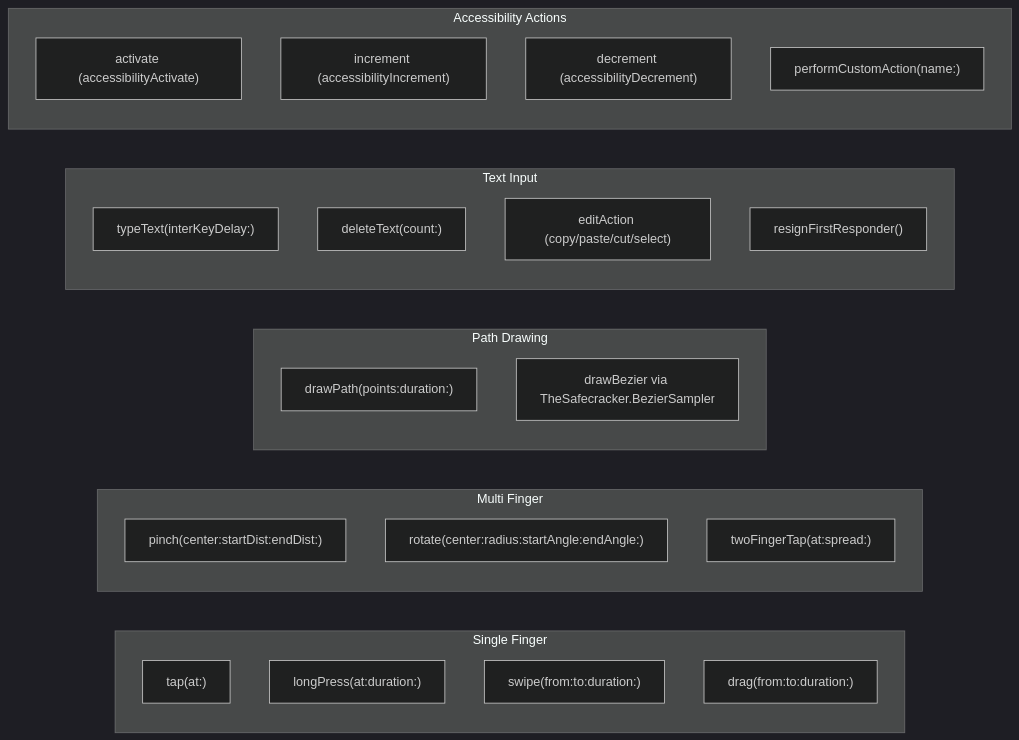
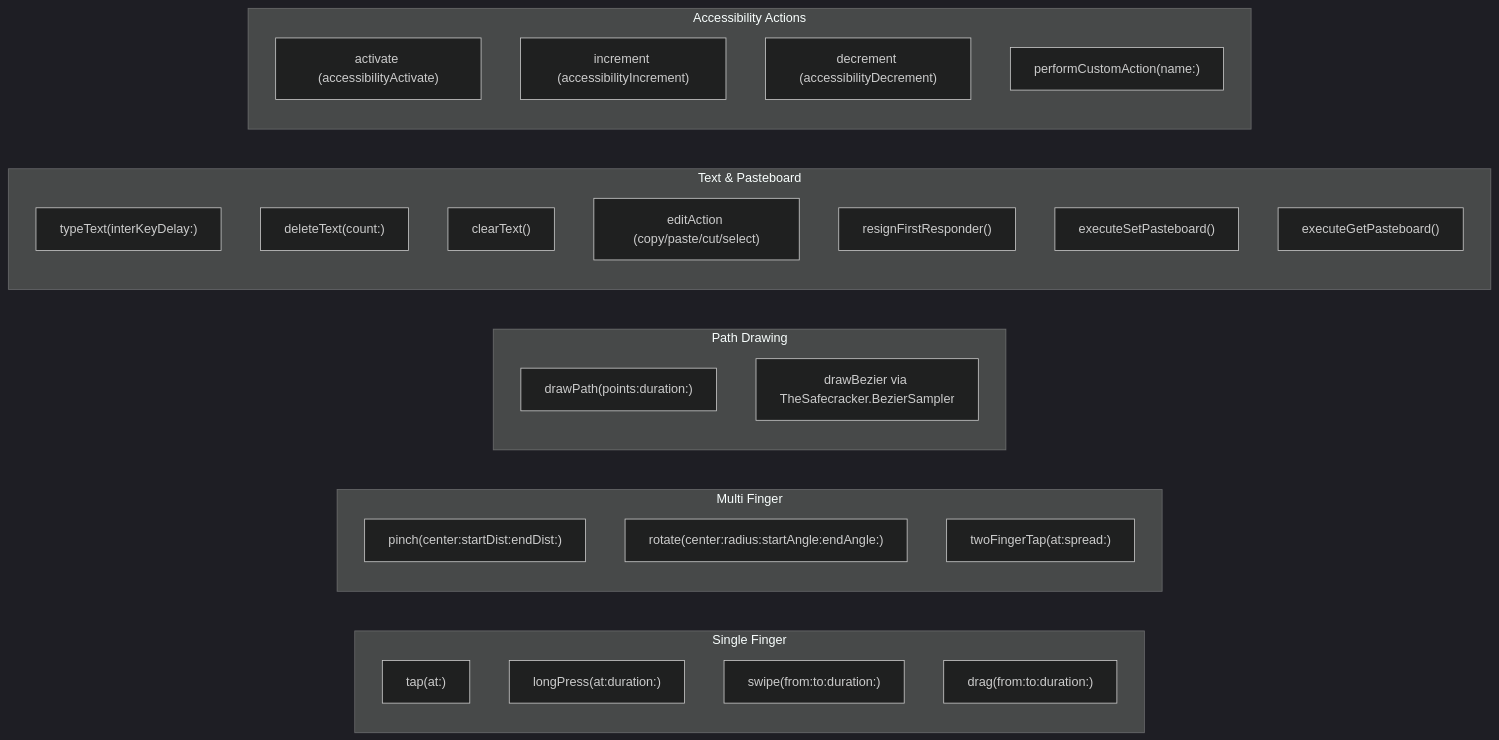
Before and after one commit to RoyalPineapple/TheButtonHeist: the third of 5 diagrams in docs/dossiers/04-THESAFECRACKER.md, drawn with Mermaid (dark theme). The commit also changed other lines of this file and 29 other files, not shown here.

First line of the commit message:
Fix text input with hardware keyboard, align touch injection with KIF, add pasteboard tools (#134)

````diff
--- a/docs/dossiers/04-THESAFECRACKER.md
+++ b/docs/dossiers/04-THESAFECRACKER.md
@@ -84,34 +86,37 @@
 ```mermaid
 graph LR
     subgraph SingleFinger["Single Finger"]
         Tap["tap(at:)"]
         LongPress["longPress(at:duration:)"]
         Swipe["swipe(from:to:duration:)"]
         Drag["drag(from:to:duration:)"]
     end
 
     subgraph MultiFinger["Multi Finger"]
         Pinch["pinch(center:startDist:endDist:)"]
         Rotate["rotate(center:radius:startAngle:endAngle:)"]
         TwoTap["twoFingerTap(at:spread:)"]
     end
 
     subgraph Path["Path Drawing"]
         DrawPath["drawPath(points:duration:)"]
         DrawBezier["drawBezier via TheSafecracker.BezierSampler"]
     end
 
-    subgraph Text["Text Input"]
+    subgraph Text["Text & Pasteboard"]
         Type["typeText(interKeyDelay:)"]
         Delete["deleteText(count:)"]
+        Clear["clearText()"]
         Edit["editAction (copy/paste/cut/select)"]
         Dismiss["resignFirstResponder()"]
+        SetPB["executeSetPasteboard()"]
+        GetPB["executeGetPasteboard()"]
     end
 
     subgraph AccessActions["Accessibility Actions"]
         Activate["activate (accessibilityActivate)"]
         Increment["increment (accessibilityIncrement)"]
         Decrement["decrement (accessibilityDecrement)"]
         Custom["performCustomAction(name:)"]
     end
 ```
````
